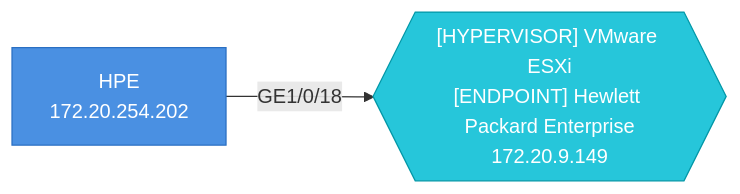
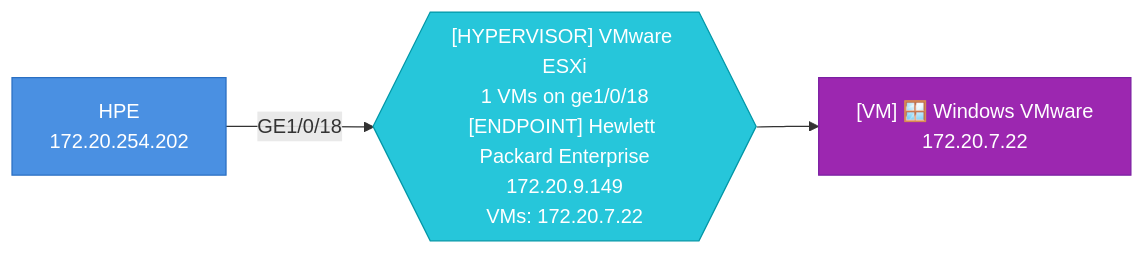
Before and after one commit to djamic/LLDP-Skanner-Go: diagram 33 of 51 in testdata/golden/report_esxi_sections.md, drawn with Mermaid. The commit also changed other lines of this file and 2 other files, not shown here.

First line of the commit message:
Hypervisors: a confirmed ESXi host takes a single VM, and is named ESXi

````diff
--- a/testdata/golden/report_esxi_sections.md
+++ b/testdata/golden/report_esxi_sections.md
@@ -912,8 +912,11 @@
 ```mermaid
 graph LR
-  08f1ea8d264e{{"[HYPERVISOR] VMware ESXi<br>[ENDPOINT] Hewlett Packard Enterprise<br>172.20.9.149"}}
+  08f1ea8d264e{{"[HYPERVISOR] VMware ESXi<br>1 VMs on ge1/0/18<br>[ENDPOINT] Hewlett Packard Enterprise<br>172.20.9.149<br>VMs: 172.20.7.22"}}
   4caea38deec9["HPE<br>172.20.254.202"]
   4caea38deec9-- "GE1/0/18" -->08f1ea8d264e
   style 4caea38deec9 fill:#4A90E2,stroke:#2A6FC2,color:#fff
+  000c292dde3c["[VM] 🪟 Windows VMware<br>172.20.7.22"]
+  08f1ea8d264e-->000c292dde3c
+  style 000c292dde3c fill:#9C27B0,stroke:#7B1FA2,color:#fff
   style 08f1ea8d264e fill:#26C6DA,stroke:#0097A7,color:#fff
 ```
````
